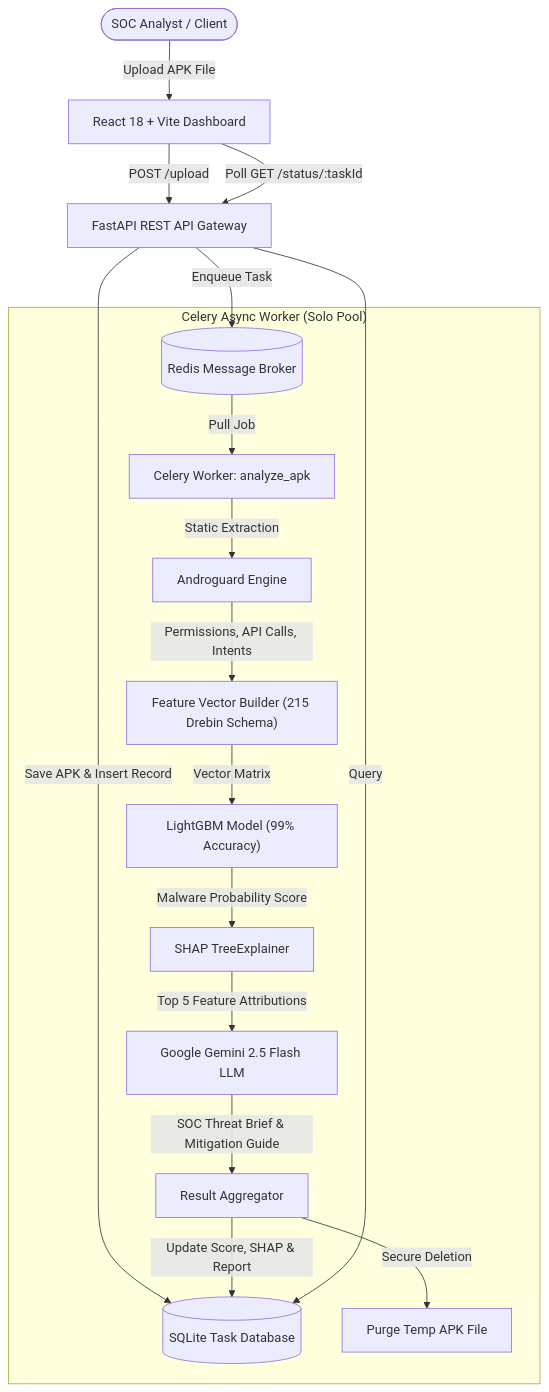
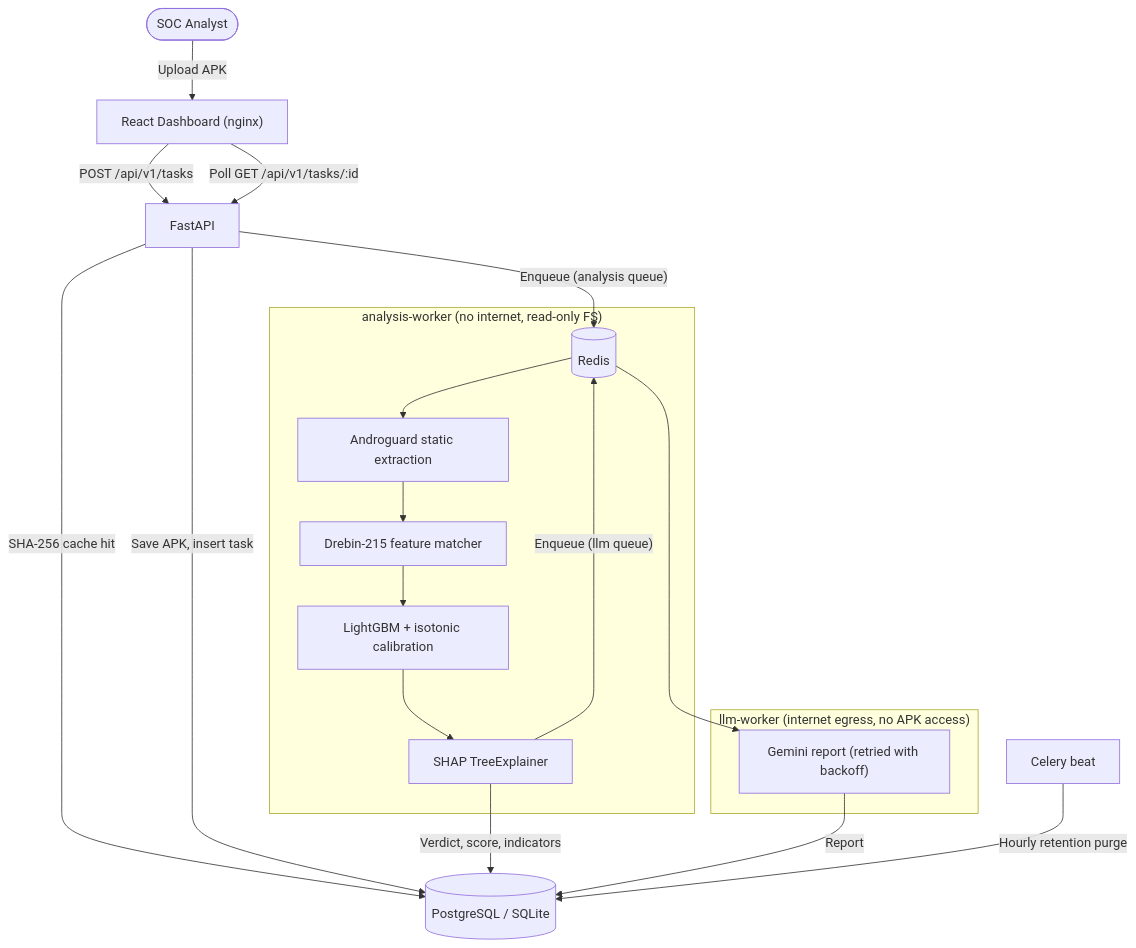
The diagram in README.md (ABHISHEKGORE2305/BOI_prototype), drawn with Mermaid before and after one commit. The commit also changed other lines of this file and 2 other files, not shown here.

Commit message:
docs: rewrite README and add engineering roadmap

````diff
--- a/README.md
+++ b/README.md
@@ -40,22 +40,26 @@
 ```mermaid
 flowchart TD
-    User(["SOC Analyst / Client"]) -->|Upload APK File| ReactUI["React 18 + Vite Dashboard"]
-    ReactUI -->|POST /upload| FastAPI["FastAPI REST API Gateway"]
-    FastAPI -->|Save APK & Insert Record| SQLite[("SQLite Task Database")]
-    FastAPI -->|Enqueue Task| RedisQueue[("Redis Message Broker")]
-    
-    subgraph CeleryWorkerNode ["Celery Async Worker (Solo Pool)"]
-        RedisQueue -->|Pull Job| Worker["Celery Worker: analyze_apk"]
-        Worker -->|Static Extraction| Androguard["Androguard Engine"]
-        Androguard -->|Permissions, API Calls, Intents| FeatBuilder["Feature Vector Builder (215 Drebin Schema)"]
-        FeatBuilder -->|Vector Matrix| LGBM["LightGBM Model (99% Accuracy)"]
-        LGBM -->|Malware Probability Score| SHAP["SHAP TreeExplainer"]
-        SHAP -->|Top 5 Feature Attributions| GenAI["Google Gemini 2.5 Flash LLM"]
-        GenAI -->|SOC Threat Brief & Mitigation Guide| ResultsSaver["Result Aggregator"]
-        ResultsSaver -->|Update Score, SHAP & Report| SQLite
-        ResultsSaver -->|Secure Deletion| Cleanup["Purge Temp APK File"]
+    User(["SOC Analyst"]) -->|Upload APK| UI["React Dashboard (nginx)"]
+    UI -->|"POST /api/v1/tasks"| API["FastAPI"]
+    API -->|"SHA-256 cache hit"| DB
+    API -->|"Save APK, insert task"| DB[("PostgreSQL / SQLite")]
+    API -->|"Enqueue (analysis queue)"| Redis[("Redis")]
+
+    subgraph Isolated ["analysis-worker (no internet, read-only FS)"]
+        Redis --> Extract["Androguard static extraction"]
+        Extract --> Features["Drebin-215 feature matcher"]
+        Features --> Model["LightGBM + isotonic calibration"]
+        Model --> SHAP["SHAP TreeExplainer"]
     end
 
-    ReactUI -->|Poll GET /status/:taskId| FastAPI
-    FastAPI -->|Query| SQLite
+    SHAP -->|"Verdict, score, indicators"| DB
+    SHAP -->|"Enqueue (llm queue)"| Redis
+
+    subgraph LLM ["llm-worker (internet egress, no APK access)"]
+        Redis --> Gemini["Gemini report (retried with backoff)"]
+    end
+
+    Gemini -->|"Report"| DB
+    Beat["Celery beat"] -->|"Hourly retention purge"| DB
+    UI -->|"Poll GET /api/v1/tasks/:id"| API
 ```
````
